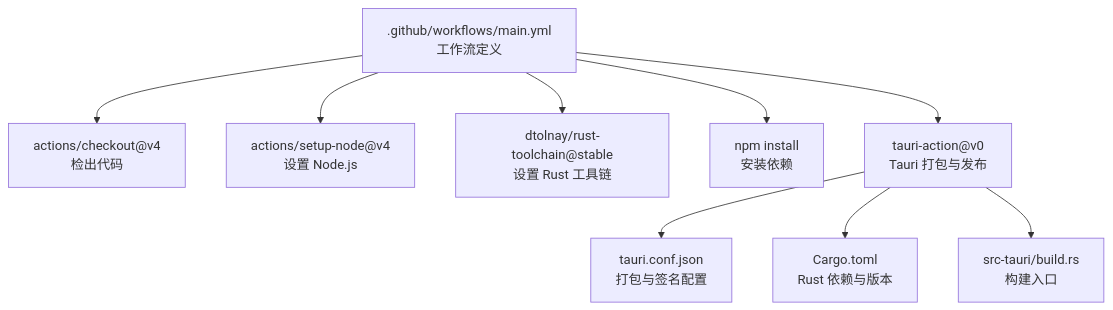
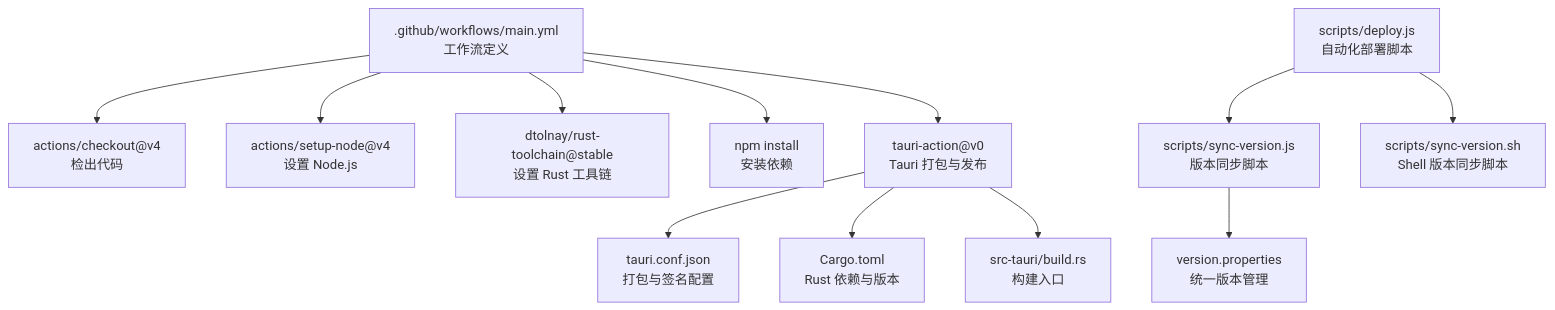
The first of 3 diagrams in doc/repowiki/zh/content/开发指南/开发工作流程/持续集成与部署.md (YLee9527/Medex), drawn with Mermaid before and after one commit. The commit also changed other lines of this file and 31 other files, not shown here.

First line of the commit message:
docs(doc): 添加部署脚本、锁屏功能、发布指南及设置按钮图标文档

````diff
--- a/doc/repowiki/zh/content/开发指南/开发工作流程/持续集成与部署.md
+++ b/doc/repowiki/zh/content/开发指南/开发工作流程/持续集成与部署.md
@@ -39,11 +51,14 @@
 ```mermaid
 graph TB
 A[".github/workflows/main.yml<br/>工作流定义"] --> B["actions/checkout@v4<br/>检出代码"]
 A --> C["actions/setup-node@v4<br/>设置 Node.js"]
 A --> D["dtolnay/rust-toolchain@stable<br/>设置 Rust 工具链"]
 A --> E["npm install<br/>安装依赖"]
 A --> F["tauri-action@v0<br/>Tauri 打包与发布"]
 F --> G["tauri.conf.json<br/>打包与签名配置"]
 F --> H["Cargo.toml<br/>Rust 依赖与版本"]
 F --> I["src-tauri/build.rs<br/>构建入口"]
+J["scripts/deploy.js<br/>自动化部署脚本"] --> K["scripts/sync-version.js<br/>版本同步脚本"]
+J --> L["scripts/sync-version.sh<br/>Shell 版本同步脚本"]
+K --> M["version.properties<br/>统一版本管理"]
 ```
````
